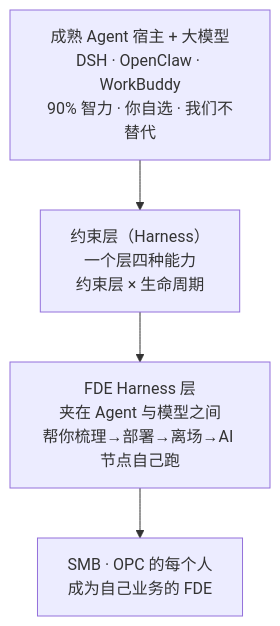
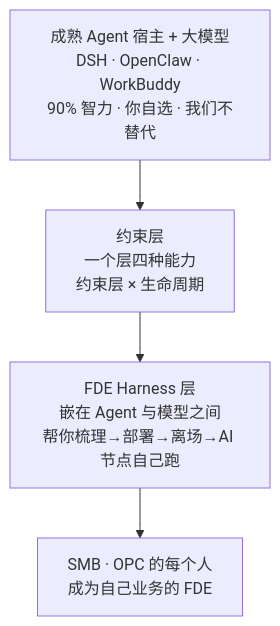
The first of 10 diagrams in docs/ARCHITECTURE.md (KongFangXun/sofagent), drawn with Mermaid before and after one commit. The commit also changed other lines of this file and 13 other files, not shown here.

First line of the commit message:
docs(叙事收编): FDE Harness 层术语融合 + 历史版本债清理 + E 层预算定盘 3300

````diff
--- a/docs/ARCHITECTURE.md
+++ b/docs/ARCHITECTURE.md
@@ -14,6 +14,6 @@
 ```mermaid
 graph TD
-    A[成熟 Agent 宿主 + 大模型<br/>DSH · OpenClaw · WorkBuddy<br/>90% 智力 · 你自选 · 我们不替代] --> B[约束层（Harness）<br/>一个层四种能力<br/>约束层 × 生命周期]
-    B --> C[FDE Harness 层<br/>夹在 Agent 与模型之间<br/>帮你梳理→部署→离场→AI 节点自己跑]
+    A[成熟 Agent 宿主 + 大模型<br/>DSH · OpenClaw · WorkBuddy<br/>90% 智力 · 你自选 · 我们不替代] --> B[约束层<br/>一个层四种能力<br/>约束层 × 生命周期]
+    B --> C[FDE Harness 层<br/>嵌在 Agent 与模型之间<br/>帮你梳理→部署→离场→AI 节点自己跑]
     C --> D[SMB · OPC 的每个人<br/>成为自己业务的 FDE]
 ```
````
